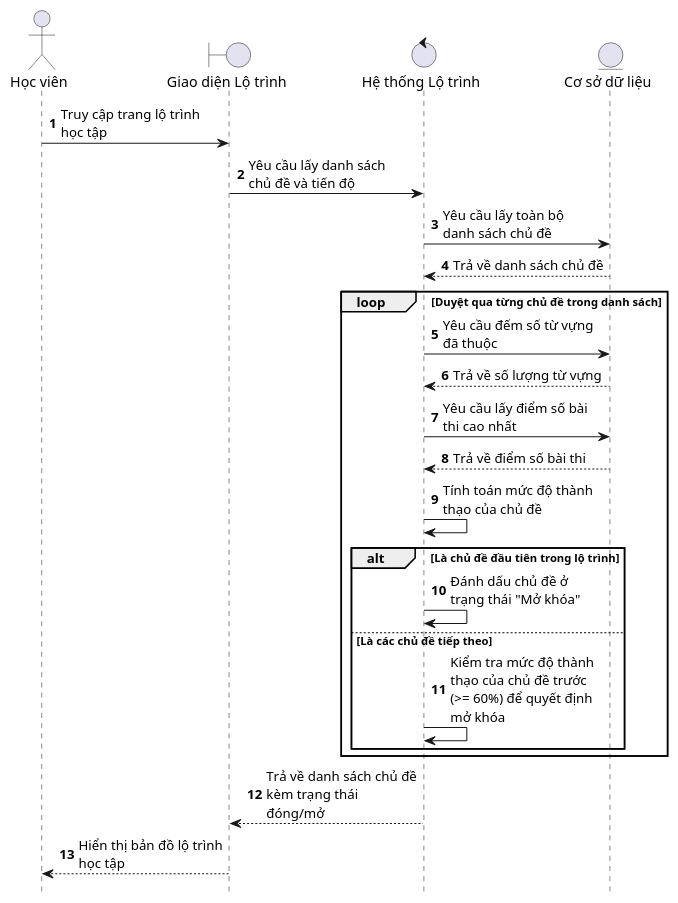
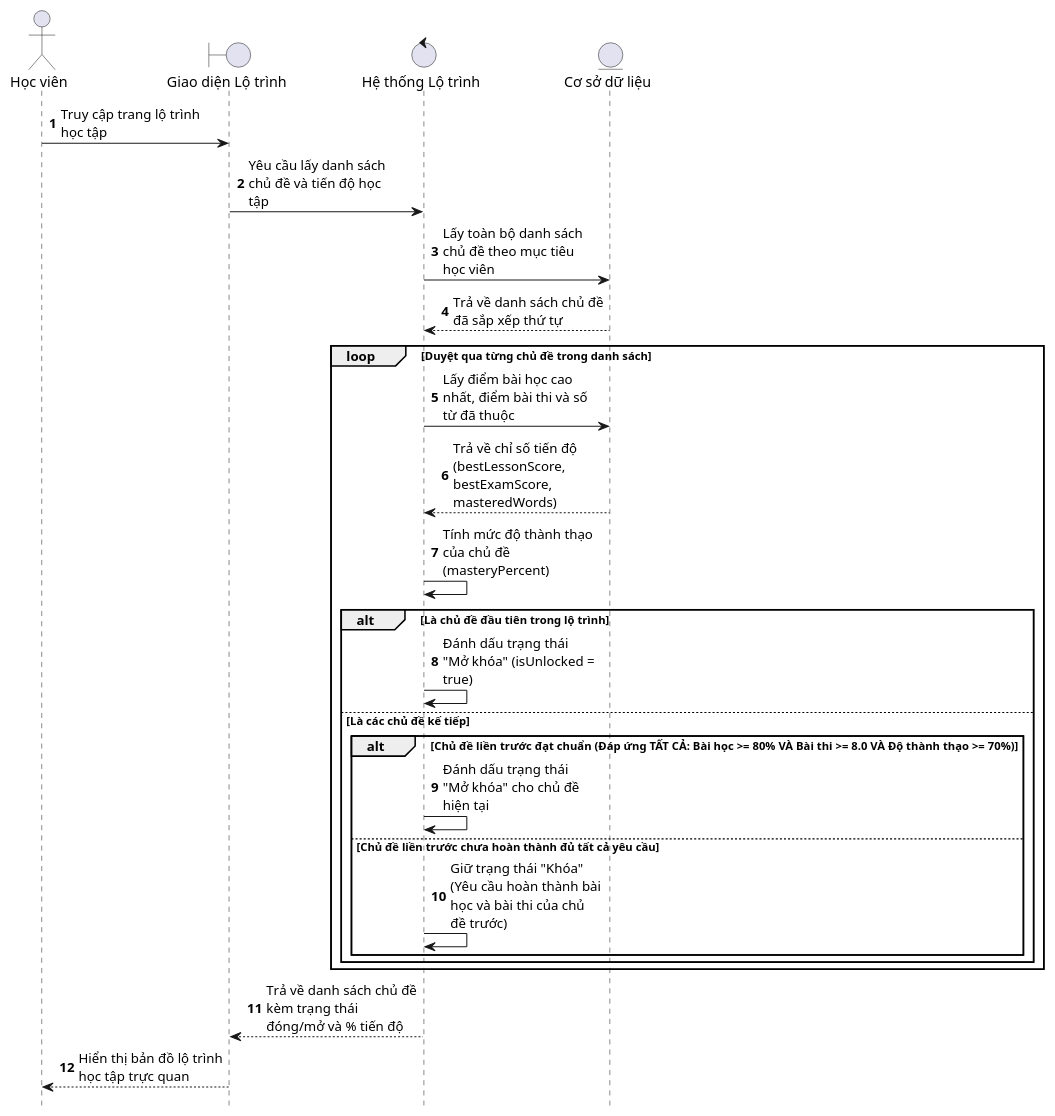
The sixth of 7 diagrams in Sequence_Diagrams_VN.md (vylote/Multi-platform-English-learning-system), drawn with PlantUML before and after one commit. The commit also changed other lines of this file and 18 other files, not shown here.

Commit message:
đổi thuật toán tính điểm, sửa giao diện

````diff
--- a/Sequence_Diagrams_VN.md
+++ b/Sequence_Diagrams_VN.md
@@ -213,38 +250,39 @@
 ```plantuml
 @startuml
 hide footbox
 skinparam maxMessageSize 150
 skinparam ParticipantPadding 20
 
 actor "Học viên" as User
 boundary "Giao diện Lộ trình" as UI
 control "Hệ thống Lộ trình" as System
 entity "Cơ sở dữ liệu" as DB
 
 autonumber
 
 User -> UI : Truy cập trang lộ trình học tập
-UI -> System : Yêu cầu lấy danh sách chủ đề và tiến độ
-System -> DB : Yêu cầu lấy toàn bộ danh sách chủ đề
-DB --> System : Trả về danh sách chủ đề
+UI -> System : Yêu cầu lấy danh sách chủ đề và tiến độ học tập
+System -> DB : Lấy toàn bộ danh sách chủ đề theo mục tiêu học viên
+DB --> System : Trả về danh sách chủ đề đã sắp xếp thứ tự
 
 loop Duyệt qua từng chủ đề trong danh sách
-    System -> DB : Yêu cầu đếm số từ vựng đã thuộc
-    DB --> System : Trả về số lượng từ vựng
+    System -> DB : Lấy điểm bài học cao nhất, điểm bài thi và số từ đã thuộc
+    DB --> System : Trả về chỉ số tiến độ (bestLessonScore, bestExamScore, masteredWords)
     
-    System -> DB : Yêu cầu lấy điểm số bài thi cao nhất
-    DB --> System : Trả về điểm số bài thi
-    
-    System -> System : Tính toán mức độ thành thạo của chủ đề
+    System -> System : Tính mức độ thành thạo của chủ đề (masteryPercent)
     
     alt Là chủ đề đầu tiên trong lộ trình
-        System -> System : Đánh dấu chủ đề ở trạng thái "Mở khóa"
-    else Là các chủ đề tiếp theo
-        System -> System : Kiểm tra mức độ thành thạo của chủ đề trước (>= 60%) để quyết định mở khóa
+        System -> System : Đánh dấu trạng thái "Mở khóa" (isUnlocked = true)
+    else Là các chủ đề kế tiếp
+        alt Chủ đề liền trước đạt chuẩn (Đáp ứng TẤT CẢ: Bài học >= 80% VÀ Bài thi >= 8.0 VÀ Độ thành thạo >= 70%)
+            System -> System : Đánh dấu trạng thái "Mở khóa" cho chủ đề hiện tại
+        else Chủ đề liền trước chưa hoàn thành đủ tất cả yêu cầu
+            System -> System : Giữ trạng thái "Khóa" (Yêu cầu hoàn thành bài học và bài thi của chủ đề trước)
+        end
     end
 end
 
-System --> UI : Trả về danh sách chủ đề kèm trạng thái đóng/mở
-UI --> User : Hiển thị bản đồ lộ trình học tập
+System --> UI : Trả về danh sách chủ đề kèm trạng thái đóng/mở và % tiến độ
+UI --> User : Hiển thị bản đồ lộ trình học tập trực quan
 @enduml
 ```
````
